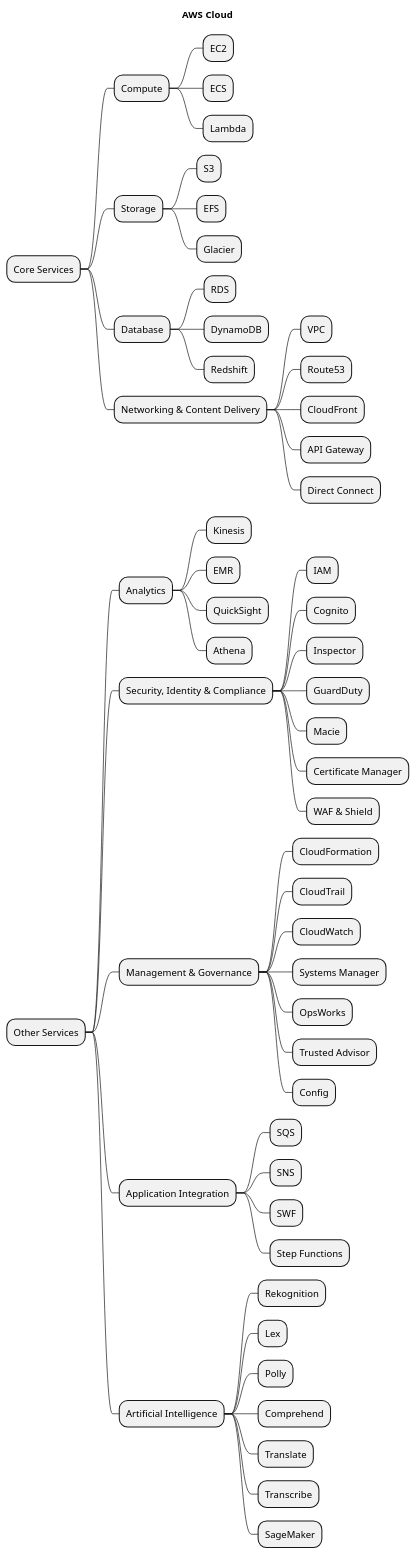
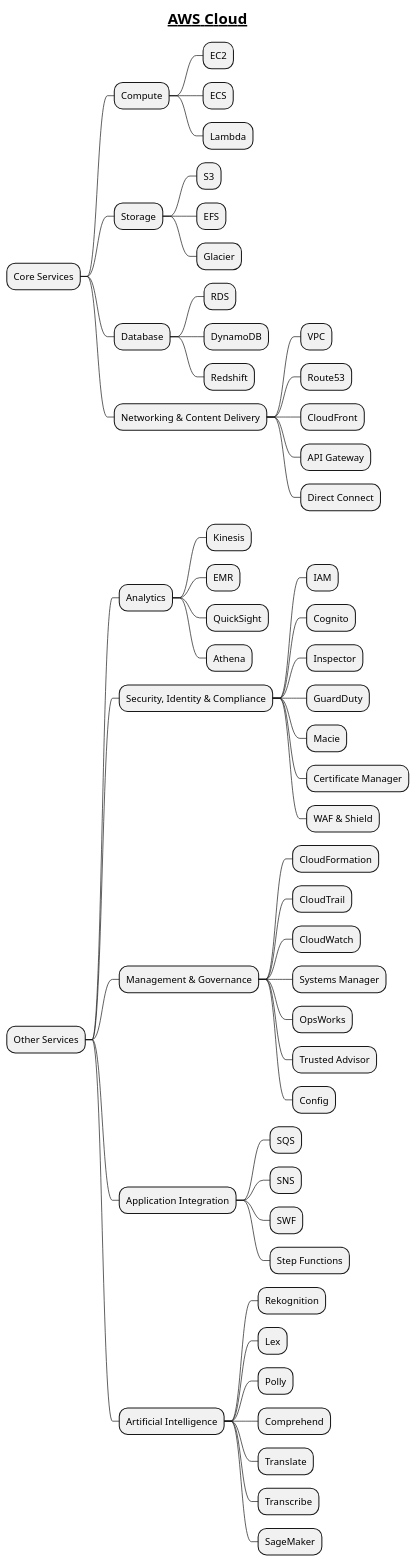
Before and after one commit to MehmoodHashmi/Documentation-as-Code-DaC: the diagram in docs/devops/devops-plantuml-mindmap/aws-cloud-platform.puml, drawn with PlantUML. The commit also changed 2 other files, not shown here.

Commit message:
add new mindmaps

```diff
--- a/docs/devops/devops-plantuml-mindmap/aws-cloud-platform.puml
+++ b/docs/devops/devops-plantuml-mindmap/aws-cloud-platform.puml
@@ -1,57 +1,57 @@
 @startmindmap
-title AWS Cloud
+title =__AWS Cloud__
 * Core Services
 ** Compute
 *** EC2
 *** ECS
 *** Lambda
 ** Storage
 *** S3
 *** EFS
 *** Glacier
 ** Database
 *** RDS
 *** DynamoDB
 *** Redshift
 ** Networking & Content Delivery
 *** VPC
 *** Route53
 *** CloudFront
 *** API Gateway
 *** Direct Connect
 * Other Services
 ** Analytics
 *** Kinesis
 *** EMR
 *** QuickSight
 *** Athena
 ** Security, Identity & Compliance
 *** IAM
 *** Cognito
 *** Inspector
 *** GuardDuty
 *** Macie
 *** Certificate Manager
 *** WAF & Shield
 ** Management & Governance
 *** CloudFormation
 *** CloudTrail
 *** CloudWatch
 *** Systems Manager
 *** OpsWorks
 *** Trusted Advisor
 *** Config
 ** Application Integration
 *** SQS
 *** SNS
 *** SWF
 *** Step Functions
 ** Artificial Intelligence
 *** Rekognition
 *** Lex
 *** Polly
 *** Comprehend
 *** Translate
 *** Transcribe
 *** SageMaker
 @endmindmap
```
